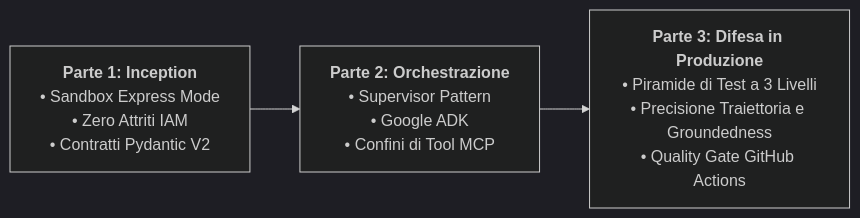
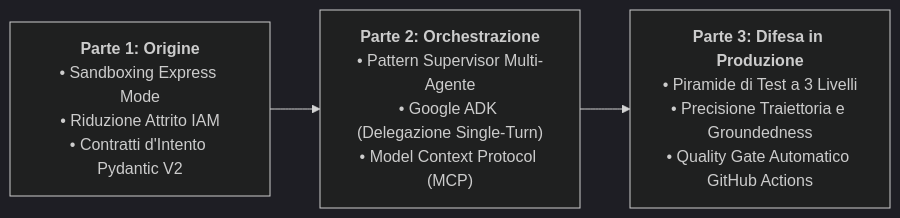
The fourth of 4 diagrams in content/italian/blog/gemini-enterprise-multi-agent-evaluation-cicd-runbook.md (tharun15/gcloudcafe), drawn with Mermaid (dark theme) before and after one commit. The commit also changed other lines of this file and 6 other files, not shown here.

````diff
--- a/content/italian/blog/gemini-enterprise-multi-agent-evaluation-cicd-runbook.md
+++ b/content/italian/blog/gemini-enterprise-multi-agent-evaluation-cicd-runbook.md
@@ -487,8 +637,8 @@
 ```mermaid
 flowchart LR
-    P1["<b>Parte 1: Inception</b><br/>• Sandbox Express Mode<br/>• Zero Attriti IAM<br/>• Contratti Pydantic V2"]
-    P2["<b>Parte 2: Orchestrazione</b><br/>• Supervisor Pattern<br/>• Google ADK<br/>• Confini di Tool MCP"]
-    P3["<b>Parte 3: Difesa in Produzione</b><br/>• Piramide di Test a 3 Livelli<br/>• Precisione Traiettoria e Groundedness<br/>• Quality Gate GitHub Actions"]
+    P1["<b>Parte 1: Origine</b><br/>• Sandboxing Express Mode<br/>• Riduzione Attrito IAM<br/>• Contratti d'Intento Pydantic V2"]
+    P2["<b>Parte 2: Orchestrazione</b><br/>• Pattern Supervisor Multi-Agente<br/>• Google ADK (Delegazione Single-Turn)<br/>• Model Context Protocol (MCP)"]
+    P3["<b>Parte 3: Difesa in Produzione</b><br/>• Piramide di Test a 3 Livelli<br/>• Precisione Traiettoria e Groundedness<br/>• Quality Gate Automatico GitHub Actions"]
 
     P1 --> P2 --> P3
 ```
````
